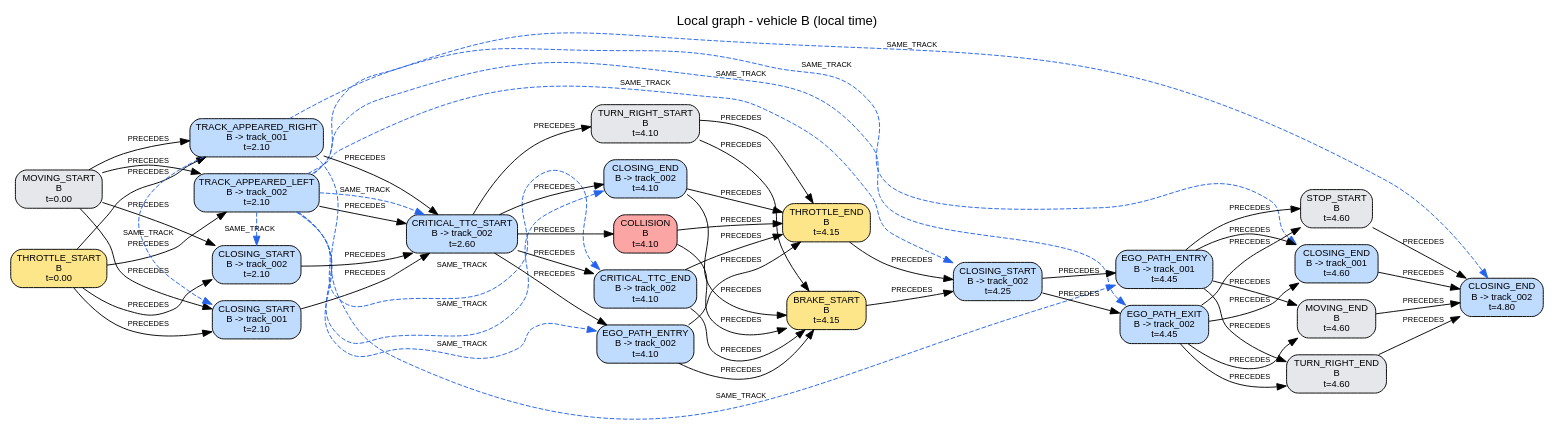
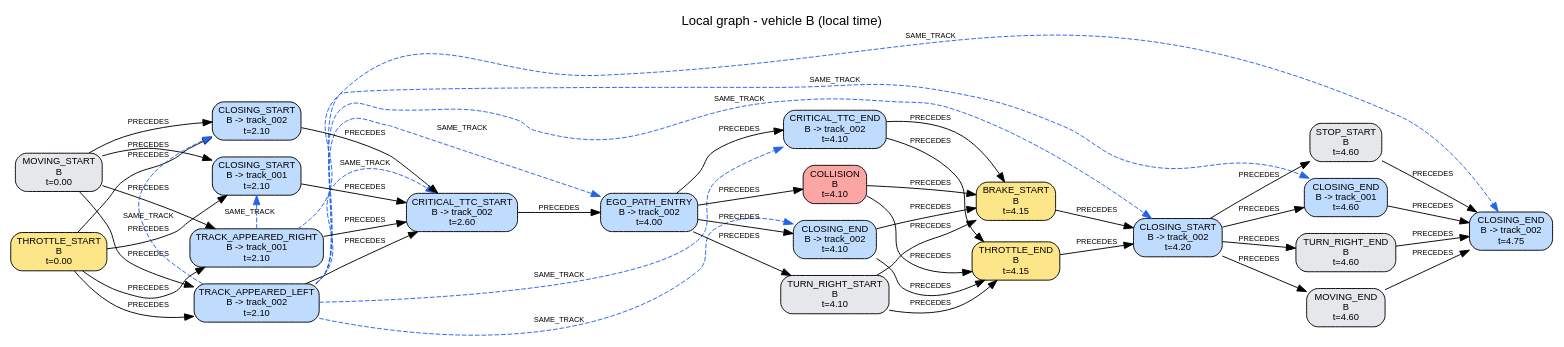
One commit to AndreaBedei1/causaldrive-forensics changed the diagram in traces/S06/run_0_crash/reconstruction/B/local_graph.dot. Above: the diagram before and after it, drawn with Graphviz. The commit also changed 551 other files, not shown here.

```diff
--- a/traces/S06/run_0_crash/reconstruction/B/local_graph.dot
+++ b/traces/S06/run_0_crash/reconstruction/B/local_graph.dot
@@ -1,87 +1,74 @@
 digraph "local_B" {
   graph [rankdir=LR, labelloc=t, fontname=Helvetica, label="Local graph - vehicle B (local time)"];
   node [shape=box, style="rounded,filled", fontname=Helvetica, fontsize=10];
   edge [fontname=Helvetica, fontsize=8];
   "B:e01" [label="MOVING_START\nB\nt=0.00", fillcolor="#e5e7eb"];
   "B:e02" [label="THROTTLE_START\nB\nt=0.00", fillcolor="#fde68a"];
   "B:e03" [label="TRACK_APPEARED_LEFT\nB -> track_002\nt=2.10", fillcolor="#bfdbfe"];
   "B:e04" [label="TRACK_APPEARED_RIGHT\nB -> track_001\nt=2.10", fillcolor="#bfdbfe"];
   "B:e05" [label="CLOSING_START\nB -> track_001\nt=2.10", fillcolor="#bfdbfe"];
   "B:e06" [label="CLOSING_START\nB -> track_002\nt=2.10", fillcolor="#bfdbfe"];
   "B:e07" [label="CRITICAL_TTC_START\nB -> track_002\nt=2.60", fillcolor="#bfdbfe"];
-  "B:e08" [label="COLLISION\nB\nt=4.10", fillcolor="#fca5a5"];
-  "B:e09" [label="CRITICAL_TTC_END\nB -> track_002\nt=4.10", fillcolor="#bfdbfe"];
-  "B:e10" [label="CLOSING_END\nB -> track_002\nt=4.10", fillcolor="#bfdbfe"];
-  "B:e11" [label="TURN_RIGHT_START\nB\nt=4.10", fillcolor="#e5e7eb"];
-  "B:e12" [label="EGO_PATH_ENTRY\nB -> track_002\nt=4.10", fillcolor="#bfdbfe"];
+  "B:e08" [label="EGO_PATH_ENTRY\nB -> track_002\nt=4.00", fillcolor="#bfdbfe"];
+  "B:e09" [label="COLLISION\nB\nt=4.10", fillcolor="#fca5a5"];
+  "B:e10" [label="CRITICAL_TTC_END\nB -> track_002\nt=4.10", fillcolor="#bfdbfe"];
+  "B:e11" [label="CLOSING_END\nB -> track_002\nt=4.10", fillcolor="#bfdbfe"];
+  "B:e12" [label="TURN_RIGHT_START\nB\nt=4.10", fillcolor="#e5e7eb"];
   "B:e13" [label="THROTTLE_END\nB\nt=4.15", fillcolor="#fde68a"];
   "B:e14" [label="BRAKE_START\nB\nt=4.15", fillcolor="#fde68a"];
-  "B:e15" [label="CLOSING_START\nB -> track_002\nt=4.25", fillcolor="#bfdbfe"];
-  "B:e16" [label="EGO_PATH_EXIT\nB -> track_002\nt=4.45", fillcolor="#bfdbfe"];
-  "B:e17" [label="EGO_PATH_ENTRY\nB -> track_001\nt=4.45", fillcolor="#bfdbfe"];
-  "B:e18" [label="CLOSING_END\nB -> track_001\nt=4.60", fillcolor="#bfdbfe"];
-  "B:e19" [label="TURN_RIGHT_END\nB\nt=4.60", fillcolor="#e5e7eb"];
-  "B:e20" [label="MOVING_END\nB\nt=4.60", fillcolor="#e5e7eb"];
-  "B:e21" [label="STOP_START\nB\nt=4.60", fillcolor="#e5e7eb"];
-  "B:e22" [label="CLOSING_END\nB -> track_002\nt=4.80", fillcolor="#bfdbfe"];
+  "B:e15" [label="CLOSING_START\nB -> track_002\nt=4.20", fillcolor="#bfdbfe"];
+  "B:e16" [label="CLOSING_END\nB -> track_001\nt=4.60", fillcolor="#bfdbfe"];
+  "B:e17" [label="TURN_RIGHT_END\nB\nt=4.60", fillcolor="#e5e7eb"];
+  "B:e18" [label="MOVING_END\nB\nt=4.60", fillcolor="#e5e7eb"];
+  "B:e19" [label="STOP_START\nB\nt=4.60", fillcolor="#e5e7eb"];
+  "B:e20" [label="CLOSING_END\nB -> track_002\nt=4.75", fillcolor="#bfdbfe"];
   {rank=same; "B:e01"; "B:e02";}
   {rank=same; "B:e03"; "B:e04"; "B:e05"; "B:e06";}
-  {rank=same; "B:e08"; "B:e09"; "B:e10"; "B:e11"; "B:e12";}
+  {rank=same; "B:e09"; "B:e10"; "B:e11"; "B:e12";}
   {rank=same; "B:e13"; "B:e14";}
-  {rank=same; "B:e16"; "B:e17";}
-  {rank=same; "B:e18"; "B:e19"; "B:e20"; "B:e21";}
+  {rank=same; "B:e16"; "B:e17"; "B:e18"; "B:e19";}
   "B:e01" -> "B:e03" [label="PRECEDES"];
   "B:e01" -> "B:e04" [label="PRECEDES"];
   "B:e01" -> "B:e05" [label="PRECEDES"];
   "B:e01" -> "B:e06" [label="PRECEDES"];
   "B:e02" -> "B:e03" [label="PRECEDES"];
   "B:e02" -> "B:e04" [label="PRECEDES"];
   "B:e02" -> "B:e05" [label="PRECEDES"];
   "B:e02" -> "B:e06" [label="PRECEDES"];
   "B:e03" -> "B:e07" [label="PRECEDES"];
   "B:e04" -> "B:e07" [label="PRECEDES"];
   "B:e05" -> "B:e07" [label="PRECEDES"];
   "B:e06" -> "B:e07" [label="PRECEDES"];
   "B:e07" -> "B:e08" [label="PRECEDES"];
-  "B:e07" -> "B:e09" [label="PRECEDES"];
-  "B:e07" -> "B:e10" [label="PRECEDES"];
-  "B:e07" -> "B:e11" [label="PRECEDES"];
-  "B:e07" -> "B:e12" [label="PRECEDES"];
-  "B:e08" -> "B:e13" [label="PRECEDES"];
-  "B:e08" -> "B:e14" [label="PRECEDES"];
+  "B:e08" -> "B:e09" [label="PRECEDES"];
+  "B:e08" -> "B:e10" [label="PRECEDES"];
+  "B:e08" -> "B:e11" [label="PRECEDES"];
+  "B:e08" -> "B:e12" [label="PRECEDES"];
   "B:e09" -> "B:e13" [label="PRECEDES"];
   "B:e09" -> "B:e14" [label="PRECEDES"];
   "B:e10" -> "B:e13" [label="PRECEDES"];
   "B:e10" -> "B:e14" [label="PRECEDES"];
   "B:e11" -> "B:e13" [label="PRECEDES"];
   "B:e11" -> "B:e14" [label="PRECEDES"];
   "B:e12" -> "B:e13" [label="PRECEDES"];
   "B:e12" -> "B:e14" [label="PRECEDES"];
   "B:e13" -> "B:e15" [label="PRECEDES"];
   "B:e14" -> "B:e15" [label="PRECEDES"];
   "B:e15" -> "B:e16" [label="PRECEDES"];
   "B:e15" -> "B:e17" [label="PRECEDES"];
-  "B:e16" -> "B:e18" [label="PRECEDES"];
-  "B:e16" -> "B:e19" [label="PRECEDES"];
+  "B:e15" -> "B:e18" [label="PRECEDES"];
+  "B:e15" -> "B:e19" [label="PRECEDES"];
   "B:e16" -> "B:e20" [label="PRECEDES"];
-  "B:e16" -> "B:e21" [label="PRECEDES"];
-  "B:e17" -> "B:e18" [label="PRECEDES"];
-  "B:e17" -> "B:e19" [label="PRECEDES"];
   "B:e17" -> "B:e20" [label="PRECEDES"];
-  "B:e17" -> "B:e21" [label="PRECEDES"];
-  "B:e18" -> "B:e22" [label="PRECEDES"];
-  "B:e19" -> "B:e22" [label="PRECEDES"];
-  "B:e20" -> "B:e22" [label="PRECEDES"];
-  "B:e21" -> "B:e22" [label="PRECEDES"];
+  "B:e18" -> "B:e20" [label="PRECEDES"];
+  "B:e19" -> "B:e20" [label="PRECEDES"];
   "B:e04" -> "B:e05" [label="SAME_TRACK", style=dashed, color="#2563eb", constraint=false];
   "B:e03" -> "B:e06" [label="SAME_TRACK", style=dashed, color="#2563eb", constraint=false];
   "B:e03" -> "B:e07" [label="SAME_TRACK", style=dashed, color="#2563eb", constraint=false];
-  "B:e03" -> "B:e09" [label="SAME_TRACK", style=dashed, color="#2563eb", constraint=false];
+  "B:e03" -> "B:e08" [label="SAME_TRACK", style=dashed, color="#2563eb", constraint=false];
   "B:e03" -> "B:e10" [label="SAME_TRACK", style=dashed, color="#2563eb", constraint=false];
-  "B:e03" -> "B:e12" [label="SAME_TRACK", style=dashed, color="#2563eb", constraint=false];
+  "B:e03" -> "B:e11" [label="SAME_TRACK", style=dashed, color="#2563eb", constraint=false];
   "B:e03" -> "B:e15" [label="SAME_TRACK", style=dashed, color="#2563eb", constraint=false];
-  "B:e03" -> "B:e16" [label="SAME_TRACK", style=dashed, color="#2563eb", constraint=false];
-  "B:e04" -> "B:e17" [label="SAME_TRACK", style=dashed, color="#2563eb", constraint=false];
-  "B:e04" -> "B:e18" [label="SAME_TRACK", style=dashed, color="#2563eb", constraint=false];
-  "B:e03" -> "B:e22" [label="SAME_TRACK", style=dashed, color="#2563eb", constraint=false];
+  "B:e04" -> "B:e16" [label="SAME_TRACK", style=dashed, color="#2563eb", constraint=false];
+  "B:e03" -> "B:e20" [label="SAME_TRACK", style=dashed, color="#2563eb", constraint=false];
 }
```
